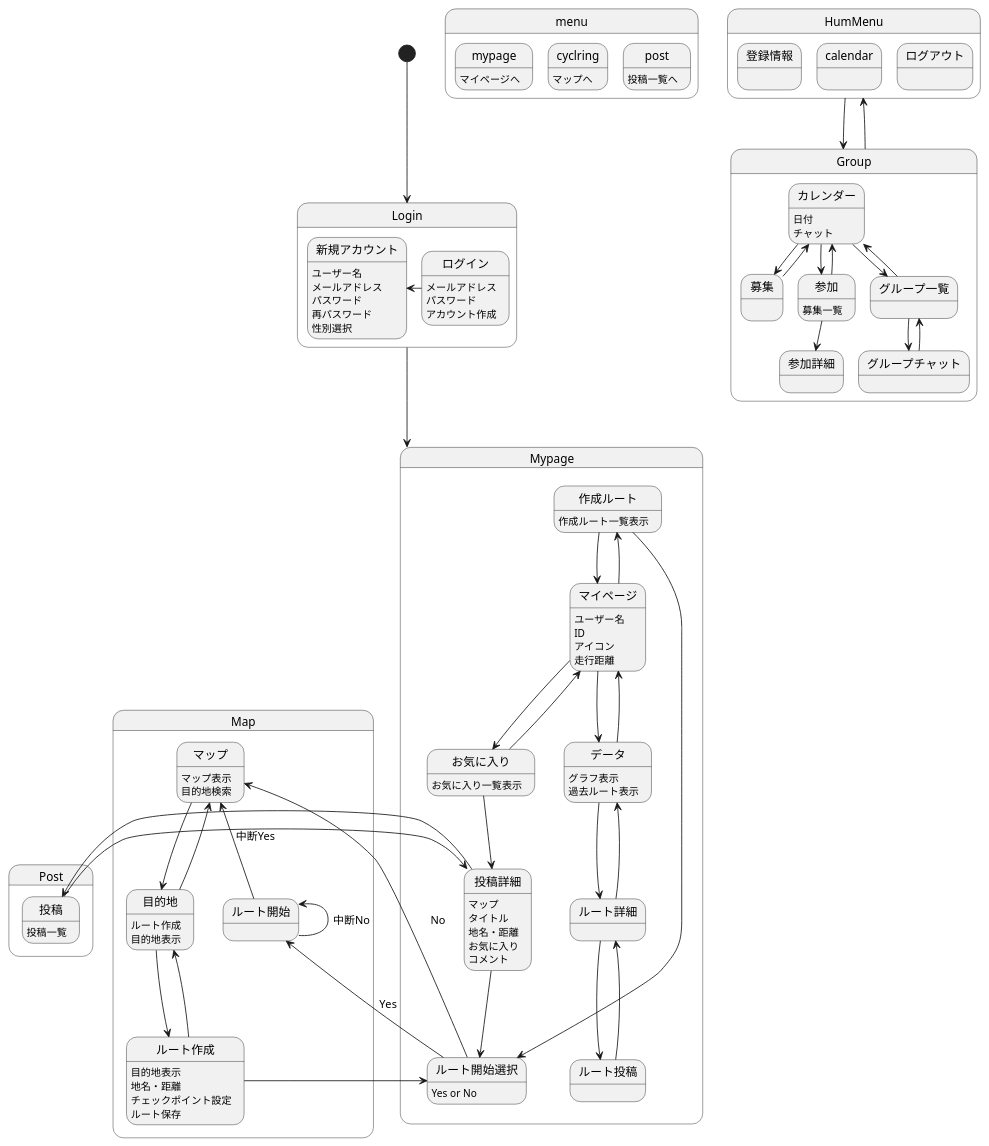
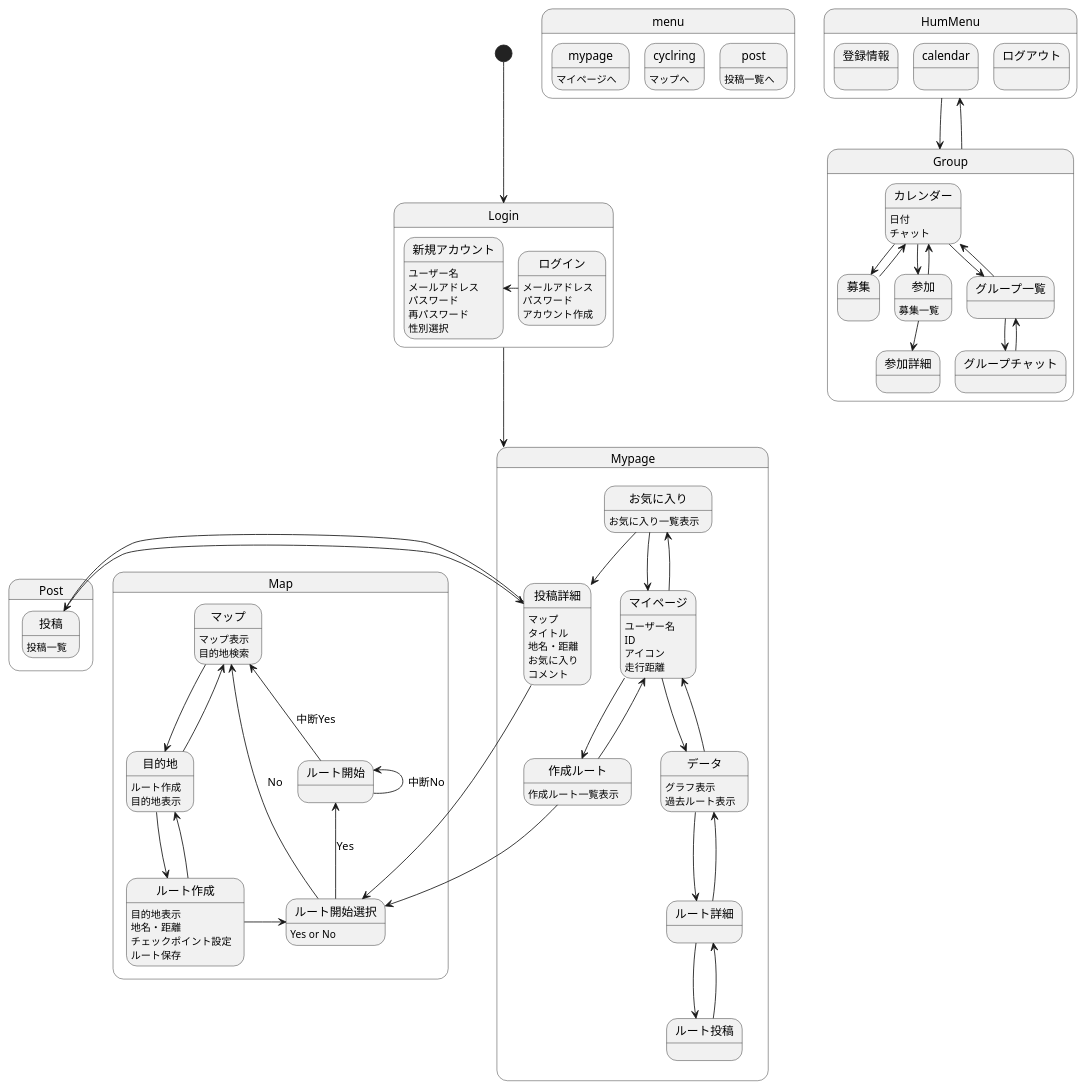
Before and after one commit to AsoSD3A3/CyclingSystem: the diagram in 画面遷移図/gm.md, drawn with PlantUML.

````diff
--- a/画面遷移図/gm.md
+++ b/画面遷移図/gm.md
@@ -67,7 +67,6 @@
 データ:グラフ表示
 データ:過去ルート表示
 作成ルート:作成ルート一覧表示
-作成ルート-->ルート開始選択
 }
 
 state Post{
@@ -80,7 +79,7 @@
 投稿詳細:地名・距離
 投稿詳細:お気に入り
 投稿詳細:コメント
-投稿詳細-->ルート開始選択
+
 }
 
 state Map{
@@ -104,6 +103,8 @@
 ルート開始-up->ルート開始 :中断No
 ルート開始-up->マップ :中断Yes
 }
+作成ルート-->ルート開始選択
+投稿詳細-->ルート開始選択
 
 @enduml
 ```
````
